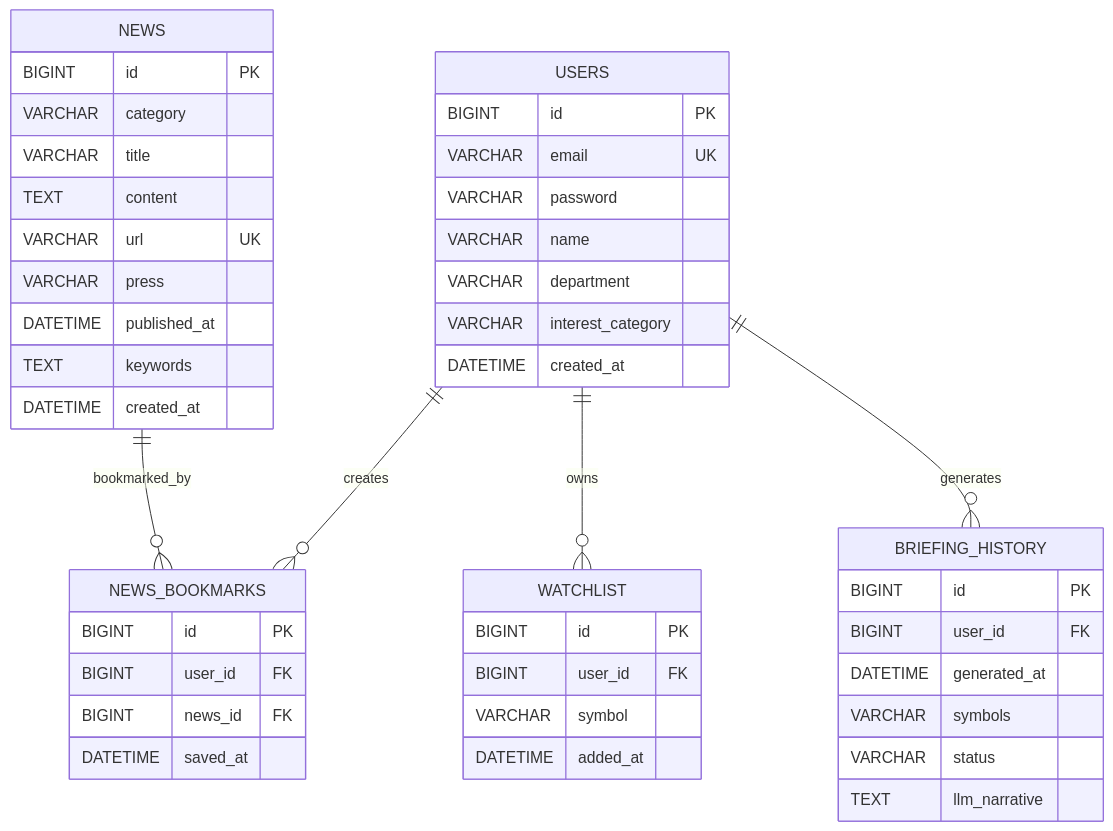
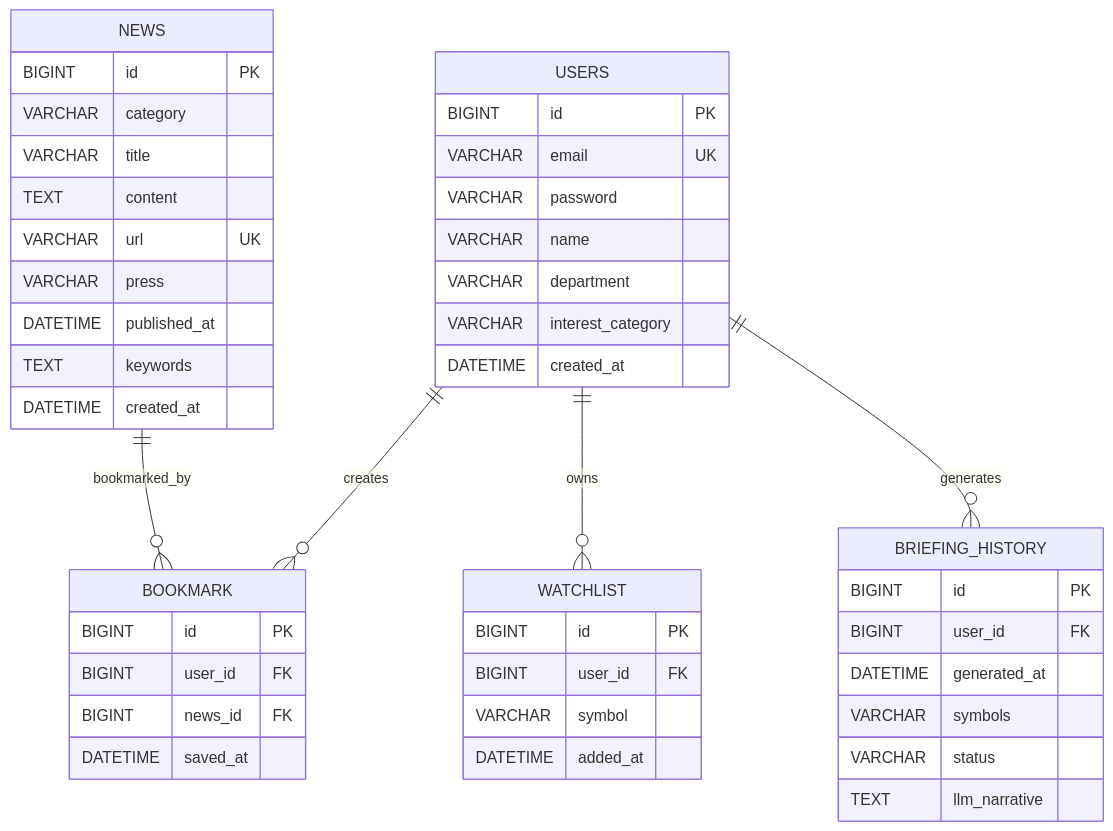
Before and after one commit to Bakhyoungwoo/vp_bank: the diagram in docs/ERD.md, drawn with Mermaid. The commit also changed other lines of this file, not shown here.

Commit message:
docs: ERD 상세 문서 정리

````diff
--- a/docs/ERD.md
+++ b/docs/ERD.md
@@ -5,52 +5,52 @@
 ```mermaid
 erDiagram
-    USERS ||--o{ NEWS_BOOKMARKS : creates
-    NEWS ||--o{ NEWS_BOOKMARKS : bookmarked_by
+    USERS ||--o{ BOOKMARK : creates
+    NEWS ||--o{ BOOKMARK : bookmarked_by
     USERS ||--o{ WATCHLIST : owns
     USERS ||--o{ BRIEFING_HISTORY : generates
 
     USERS {
         BIGINT id PK
         VARCHAR email UK
         VARCHAR password
         VARCHAR name
         VARCHAR department
         VARCHAR interest_category
         DATETIME created_at
     }
 
     NEWS {
         BIGINT id PK
         VARCHAR category
         VARCHAR title
         TEXT content
         VARCHAR url UK
         VARCHAR press
         DATETIME published_at
         TEXT keywords
         DATETIME created_at
     }
 
-    NEWS_BOOKMARKS {
+    BOOKMARK {
         BIGINT id PK
         BIGINT user_id FK
         BIGINT news_id FK
         DATETIME saved_at
     }
 
     WATCHLIST {
         BIGINT id PK
         BIGINT user_id FK
         VARCHAR symbol
         DATETIME added_at
     }
 
     BRIEFING_HISTORY {
         BIGINT id PK
         BIGINT user_id FK
         DATETIME generated_at
         VARCHAR symbols
         VARCHAR status
         TEXT llm_narrative
     }
 ```
````
